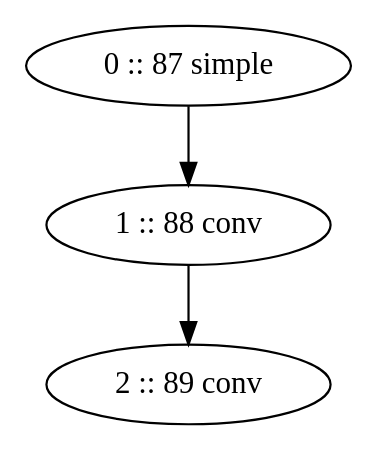
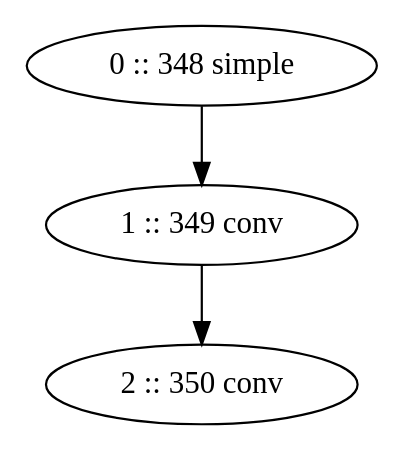
Before and after one commit to pradyumn014/NeuralArchitectureSearch: the diagram in images/arch.gv, drawn with Graphviz. The commit also changed 2 other files, not shown here.

```diff
--- a/images/arch.gv
+++ b/images/arch.gv
@@ -1,8 +1,8 @@
 // ./images/arch.gv
 digraph "./images/arch" {
-	0 [label="0 :: 87 simple"]
-	1 [label="1 :: 88 conv"]
-	2 [label="2 :: 89 conv"]
+	0 [label="0 :: 348 simple"]
+	1 [label="1 :: 349 conv"]
+	2 [label="2 :: 350 conv"]
 	0 -> 1
 	1 -> 2
 }
```
